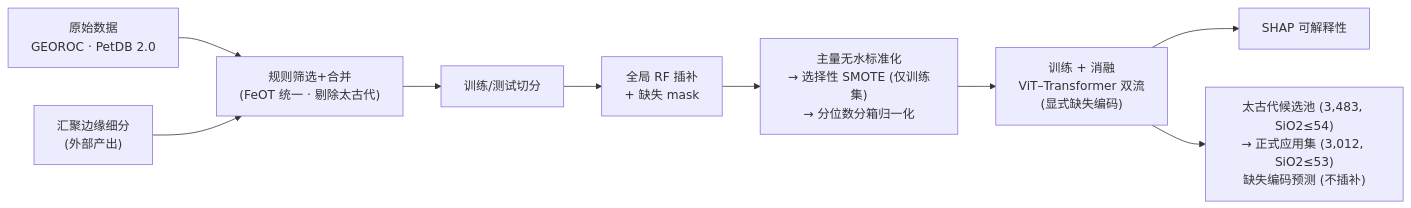
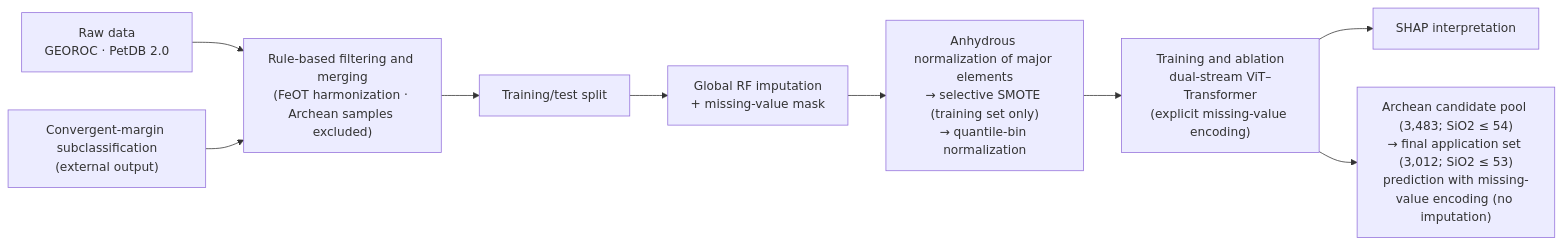
One commit to jiunuan/tectonic_setting_discrimination changed the diagram in README.md. Above: the diagram before and after it, drawn with Mermaid. The commit also changed other lines of this file, not shown here.

````diff
--- a/README.md
+++ b/README.md
@@ -45,11 +61,11 @@
 ```mermaid
 flowchart LR
-    A["原始数据<br/>GEOROC · PetDB 2.0"] --> B["规则筛选+合并<br/>(FeOT 统一 · 剔除太古代)"]
-    CM["汇聚边缘细分<br/>(外部产出)"] --> B
-    B --> C["训练/测试切分"]
-    C --> D["全局 RF 插补<br/>+ 缺失 mask"]
-    D --> E["主量无水标准化<br/>→ 选择性 SMOTE (仅训练集)<br/>→ 分位数分箱归一化"]
-    E --> F["训练 + 消融<br/>ViT–Transformer 双流<br/>(显式缺失编码)"]
-    F --> G["SHAP 可解释性"]
-    F --> H["太古代候选池 (3,483, SiO2≤54)<br/>→ 正式应用集 (3,012, SiO2≤53)<br/>缺失编码预测 (不插补)"]
+    A["Raw data<br/>GEOROC · PetDB 2.0"] --> B["Rule-based filtering and merging<br/>(FeOT harmonization · Archean samples excluded)"]
+    CM["Convergent-margin subclassification<br/>(external output)"] --> B
+    B --> C["Training/test split"]
+    C --> D["Global RF imputation<br/>+ missing-value mask"]
+    D --> E["Anhydrous normalization of major elements<br/>→ selective SMOTE (training set only)<br/>→ quantile-bin normalization"]
+    E --> F["Training and ablation<br/>dual-stream ViT–Transformer<br/>(explicit missing-value encoding)"]
+    F --> G["SHAP interpretation"]
+    F --> H["Archean candidate pool (3,483; SiO2 ≤ 54)<br/>→ final application set (3,012; SiO2 ≤ 53)<br/>prediction with missing-value encoding (no imputation)"]
 ```
````
